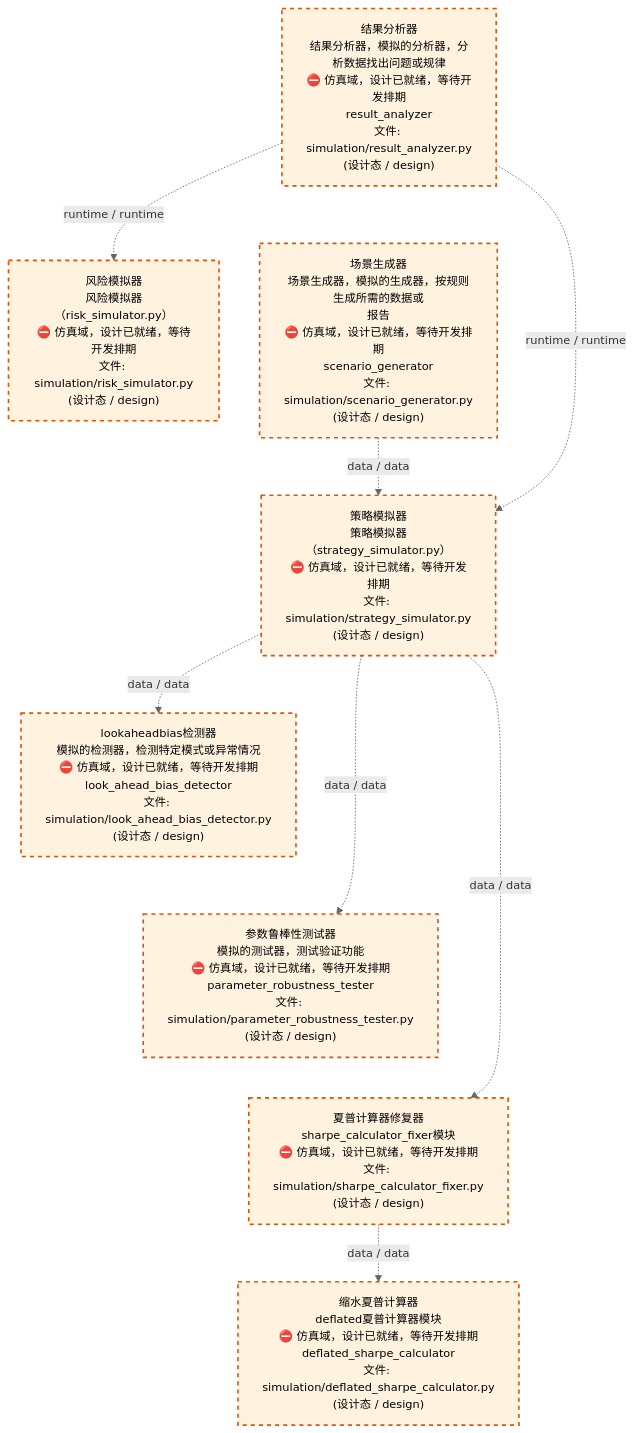
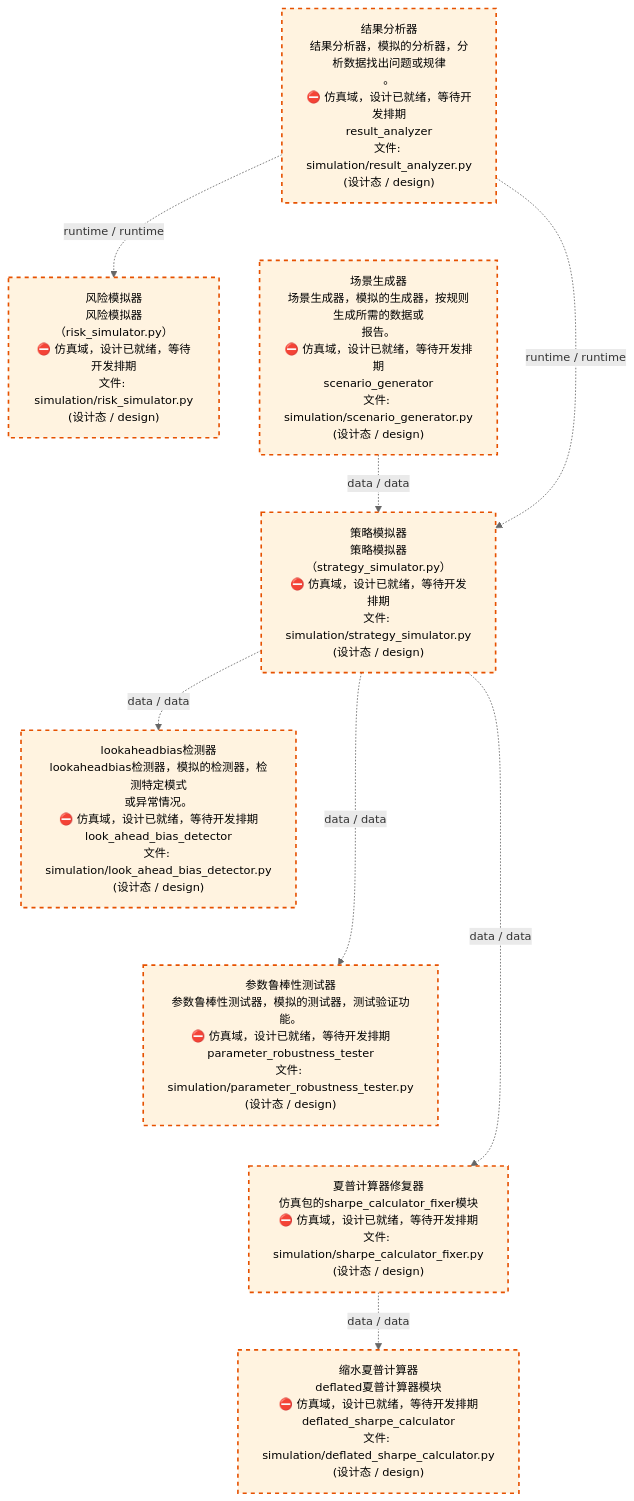
Before and after one commit to xuanFelixVan/ZephyrAlpha: the third of 4 diagrams in docs/02_enterprise_architecture/02_domain_architecture_docs/70_d_simulation.md, drawn with Mermaid. The commit also changed other lines of this file and 58 other files, not shown here.

````diff
--- a/docs/02_enterprise_architecture/02_domain_architecture_docs/70_d_simulation.md
+++ b/docs/02_enterprise_architecture/02_domain_architecture_docs/70_d_simulation.md
@@ -112,28 +112,28 @@
 ```mermaid
 %%{init: {'theme': 'base', 'themeVariables': {'primaryColor': '#eaeaea', 'primaryTextColor': '#333333', 'primaryBorderColor': '#666666', 'lineColor': '#666666', 'secondaryColor': '#eaeaea', 'tertiaryColor': '#eaeaea', 'fontSize': '14px'}}}%%
 flowchart TD
-    src_zephyr_simulation_result_analyzer_py["结果分析器<br/>结果分析器，模拟的分析器，分析数据找出问题或规律<br/>⛔ 仿真域，设计已就绪，等待开发排期<br/>result_analyzer<br/>文件: simulation/result_analyzer.py<br/>(设计态 / design)"]
-    src_zephyr_simulation_scenario_generator_py["场景生成器<br/>场景生成器，模拟的生成器，按规则生成所需的数据或<br/>报告<br/>⛔ 仿真域，设计已就绪，等待开发排期<br/>scenario_generator<br/>文件: simulation/scenario_generator.py<br/>(设计态 / design)"]
+    src_zephyr_simulation_result_analyzer_py["结果分析器<br/>结果分析器，模拟的分析器，分析数据找出问题或规律<br/>。<br/>⛔ 仿真域，设计已就绪，等待开发排期<br/>result_analyzer<br/>文件: simulation/result_analyzer.py<br/>(设计态 / design)"]
+    src_zephyr_simulation_scenario_generator_py["场景生成器<br/>场景生成器，模拟的生成器，按规则生成所需的数据或<br/>报告。<br/>⛔ 仿真域，设计已就绪，等待开发排期<br/>scenario_generator<br/>文件: simulation/scenario_generator.py<br/>(设计态 / design)"]
     src_zephyr_simulation_result_analyzer_py ~~~ src_zephyr_simulation_scenario_generator_py
     src_zephyr_simulation_risk_simulator_py["风险模拟器<br/>风险模拟器（risk_simulator.py）<br/>⛔ 仿真域，设计已就绪，等待开发排期<br/>文件: simulation/risk_simulator.py<br/>(设计态 / design)"]
     src_zephyr_simulation_strategy_simulator_py["策略模拟器<br/>策略模拟器（strategy_simulator.py）<br/>⛔ 仿真域，设计已就绪，等待开发排期<br/>文件: simulation/strategy_simulator.py<br/>(设计态 / design)"]
     src_zephyr_simulation_risk_simulator_py ~~~ src_zephyr_simulation_strategy_simulator_py
-    src_zephyr_simulation_look_ahead_bias_detector_py["lookaheadbias检测器<br/>模拟的检测器，检测特定模式或异常情况<br/>⛔ 仿真域，设计已就绪，等待开发排期<br/>look_ahead_bias_detector<br/>文件: simulation/look_ahead_bias_detector.py<br/>(设计态 / design)"]
-    src_zephyr_simulation_parameter_robustness_tester_py["参数鲁棒性测试器<br/>模拟的测试器，测试验证功能<br/>⛔ 仿真域，设计已就绪，等待开发排期<br/>parameter_robustness_tester<br/>文件: simulation/parameter_robustness_tester.py<br/>(设计态 / design)"]
-    src_zephyr_simulation_sharpe_calculator_fixer_py["夏普计算器修复器<br/>sharpe_calculator_fixer模块<br/>⛔ 仿真域，设计已就绪，等待开发排期<br/>文件: simulation/sharpe_calculator_fixer.py<br/>(设计态 / design)"]
+    src_zephyr_simulation_look_ahead_bias_detector_py["lookaheadbias检测器<br/>lookaheadbias检测器，模拟的检测器，检测特定模式<br/>或异常情况。<br/>⛔ 仿真域，设计已就绪，等待开发排期<br/>look_ahead_bias_detector<br/>文件: simulation/look_ahead_bias_detector.py<br/>(设计态 / design)"]
+    src_zephyr_simulation_parameter_robustness_tester_py["参数鲁棒性测试器<br/>参数鲁棒性测试器，模拟的测试器，测试验证功能。<br/>⛔ 仿真域，设计已就绪，等待开发排期<br/>parameter_robustness_tester<br/>文件: simulation/parameter_robustness_tester.py<br/>(设计态 / design)"]
+    src_zephyr_simulation_sharpe_calculator_fixer_py["夏普计算器修复器<br/>仿真包的sharpe_calculator_fixer模块<br/>⛔ 仿真域，设计已就绪，等待开发排期<br/>文件: simulation/sharpe_calculator_fixer.py<br/>(设计态 / design)"]
     src_zephyr_simulation_look_ahead_bias_detector_py ~~~ src_zephyr_simulation_parameter_robustness_tester_py
     src_zephyr_simulation_parameter_robustness_tester_py ~~~ src_zephyr_simulation_sharpe_calculator_fixer_py
     src_zephyr_simulation_deflated_sharpe_calculator_py["缩水夏普计算器<br/>deflated夏普计算器模块<br/>⛔ 仿真域，设计已就绪，等待开发排期<br/>deflated_sharpe_calculator<br/>文件: simulation/deflated_sharpe_calculator.py<br/>(设计态 / design)"]
     src_zephyr_simulation_strategy_simulator_py -.->|data / data| src_zephyr_simulation_parameter_robustness_tester_py
     src_zephyr_simulation_strategy_simulator_py -.->|data / data| src_zephyr_simulation_look_ahead_bias_detector_py
     src_zephyr_simulation_strategy_simulator_py -.->|data / data| src_zephyr_simulation_sharpe_calculator_fixer_py
     src_zephyr_simulation_scenario_generator_py -.->|data / data| src_zephyr_simulation_strategy_simulator_py
     src_zephyr_simulation_result_analyzer_py -.->|runtime / runtime| src_zephyr_simulation_strategy_simulator_py
     src_zephyr_simulation_result_analyzer_py -.->|runtime / runtime| src_zephyr_simulation_risk_simulator_py
     src_zephyr_simulation_sharpe_calculator_fixer_py -.->|data / data| src_zephyr_simulation_deflated_sharpe_calculator_py
     classDef production fill:#e1f5fe,stroke:#01579b,stroke-width:2px,color:#000
     classDef design fill:#fff3e0,stroke:#e65100,stroke-width:2px,color:#000,stroke-dasharray: 5 5
     classDef external_prod fill:#e8f4fd,stroke:#0277bd,stroke-width:1px,color:#000
     classDef external_design fill:#fff8e7,stroke:#ef6c00,stroke-width:1px,color:#000,stroke-dasharray: 5 5
     class src_zephyr_simulation_deflated_sharpe_calculator_py,src_zephyr_simulation_look_ahead_bias_detector_py,src_zephyr_simulation_parameter_robustness_tester_py,src_zephyr_simulation_result_analyzer_py,src_zephyr_simulation_risk_simulator_py,src_zephyr_simulation_scenario_generator_py,src_zephyr_simulation_sharpe_calculator_fixer_py,src_zephyr_simulation_strategy_simulator_py design
 ```
````
